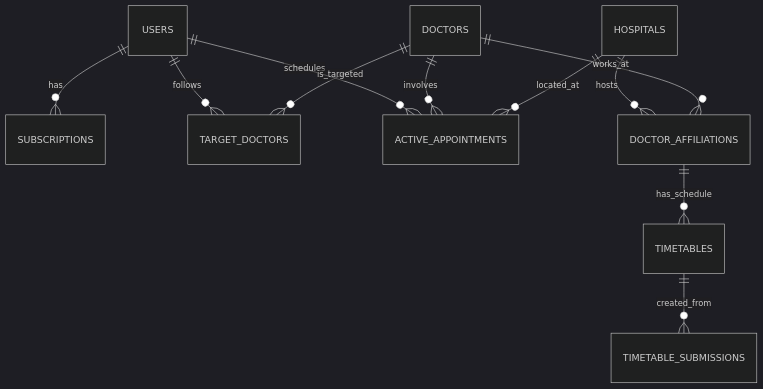
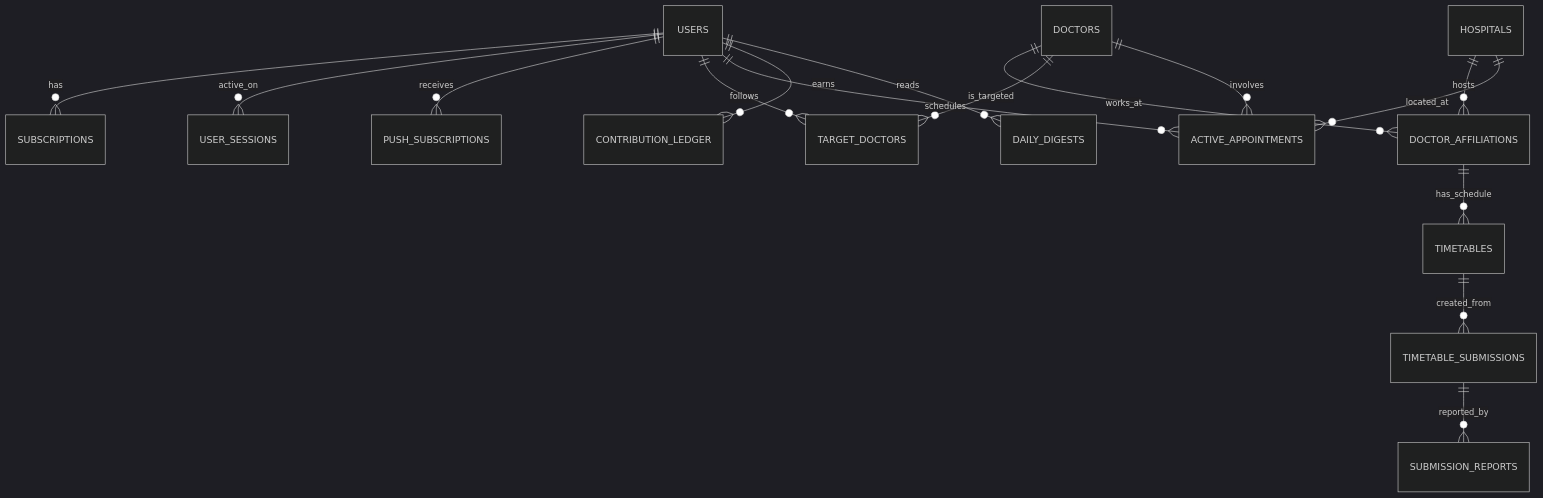
The diagram in docs/Database_Schema_planA.md (ilovetai1/janet_sales_calendar_Gen2_opencode), drawn with Mermaid (dark theme) before and after one commit. The commit also changed other lines of this file and 9 other files, not shown here.

````diff
--- a/docs/Database_Schema_planA.md
+++ b/docs/Database_Schema_planA.md
@@ -14,13 +14,18 @@
 ```mermaid
 erDiagram
     USERS ||--o{ SUBSCRIPTIONS : has
+    USERS ||--o{ USER_SESSIONS : active_on
+    USERS ||--o{ PUSH_SUBSCRIPTIONS : receives
     USERS ||--o{ TARGET_DOCTORS : follows
     USERS ||--o{ ACTIVE_APPOINTMENTS : schedules
+    USERS ||--o{ CONTRIBUTION_LEDGER : earns
     HOSPITALS ||--o{ DOCTOR_AFFILIATIONS : hosts
     DOCTORS ||--o{ DOCTOR_AFFILIATIONS : works_at
     DOCTOR_AFFILIATIONS ||--o{ TIMETABLES : has_schedule
     DOCTORS ||--o{ TARGET_DOCTORS : is_targeted
     DOCTORS ||--o{ ACTIVE_APPOINTMENTS : involves
     HOSPITALS ||--o{ ACTIVE_APPOINTMENTS : located_at
     TIMETABLES ||--o{ TIMETABLE_SUBMISSIONS : created_from
+    TIMETABLE_SUBMISSIONS ||--o{ SUBMISSION_REPORTS : reported_by
+    USERS ||--o{ DAILY_DIGESTS : reads
 ```
````
